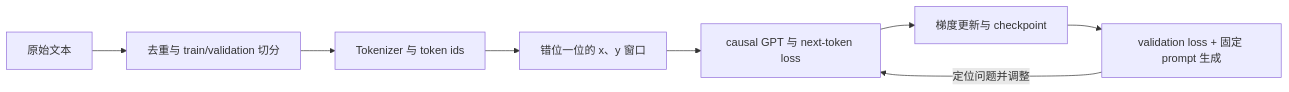
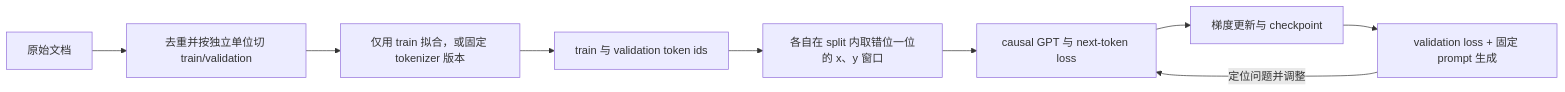
One commit to ChanChiChoi/llm-from-zero-to-interview changed the diagram in book-03-practical-handbook/chapters/03-从零训练小gpt.md. Above: the diagram before and after it, drawn with Mermaid. The commit also changed other lines of this file and 91 other files, not shown here.

````diff
--- a/book-03-practical-handbook/chapters/03-从零训练小gpt.md
+++ b/book-03-practical-handbook/chapters/03-从零训练小gpt.md
@@ -13,10 +13,11 @@
 ```mermaid
 flowchart LR
-    A["原始文本"] --> B["去重与 train/validation 切分"]
-    B --> C["Tokenizer 与 token ids"]
-    C --> D["错位一位的 x、y 窗口"]
+    A["原始文档"] --> B["去重并按独立单位切 train/validation"]
+    B --> C["仅用 train 拟合，或固定 tokenizer 版本"]
+    C --> C1["train 与 validation token ids"]
+    C1 --> D["各自在 split 内取错位一位的 x、y 窗口"]
     D --> E["causal GPT 与 next-token loss"]
     E --> F["梯度更新与 checkpoint"]
     F --> G["validation loss + 固定 prompt 生成"]
     G -->|"定位问题并调整"| E
 ```
````
